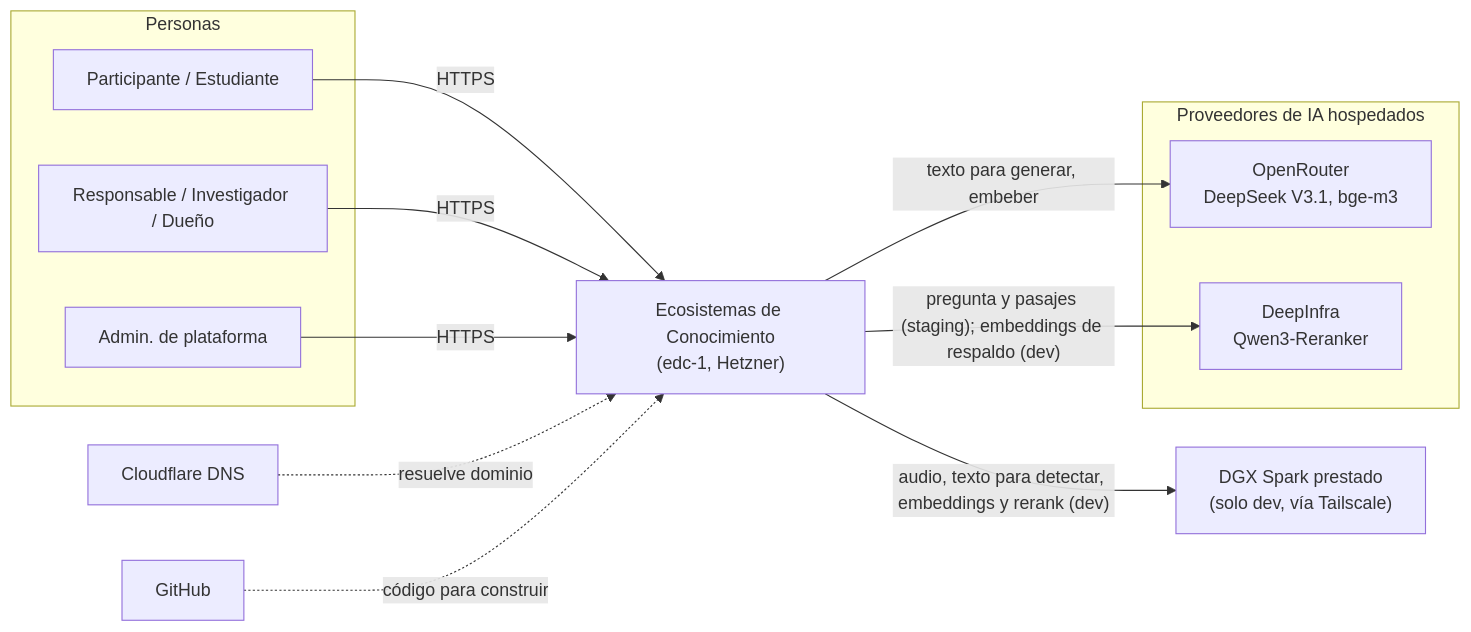
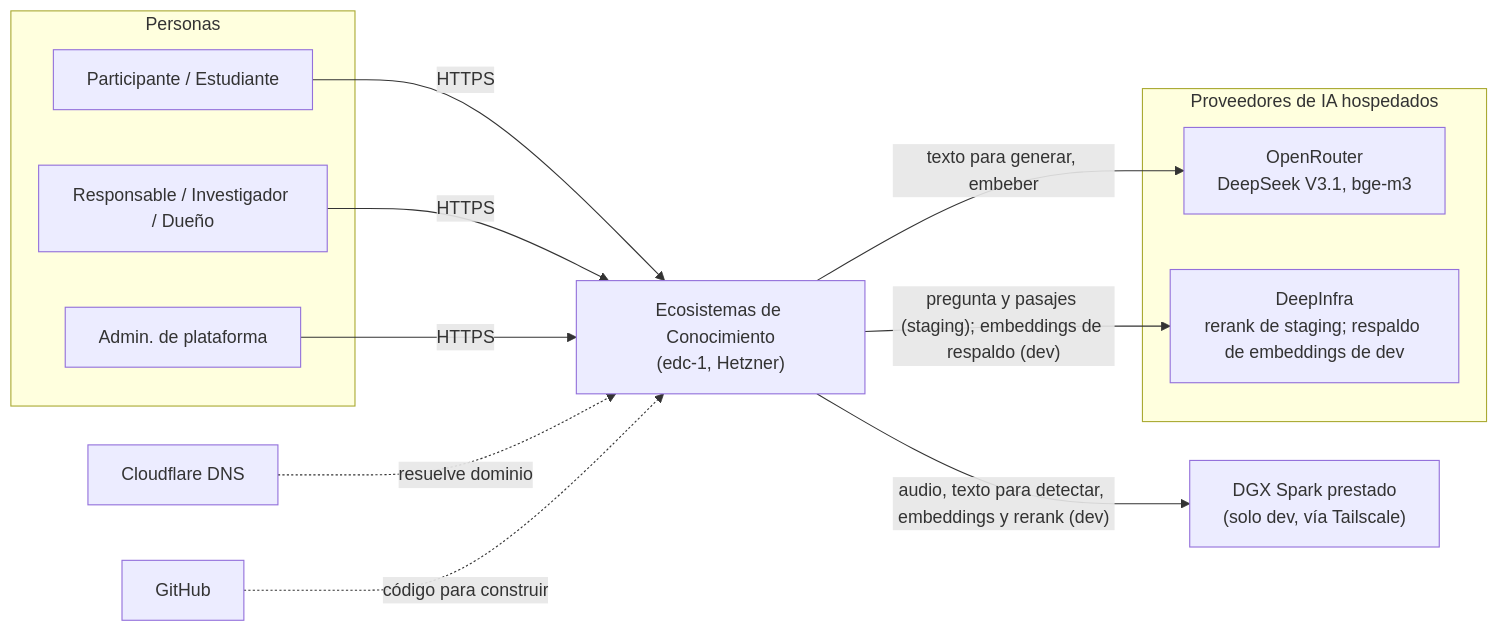
Before and after one commit to ecosistemas-de-conocimiento/ecosistemas-de-conocimiento: the first of 8 diagrams in docs/03-arquitectura/arquitectura-del-sistema.md, drawn with Mermaid. The commit also changed other lines of this file and 14 other files, not shown here.

````diff
--- a/docs/03-arquitectura/arquitectura-del-sistema.md
+++ b/docs/03-arquitectura/arquitectura-del-sistema.md
@@ -48,24 +48,24 @@
 ```mermaid
 flowchart LR
   subgraph personas["Personas"]
     P1["Participante / Estudiante"]
     P2["Responsable / Investigador / Dueño"]
     P3["Admin. de plataforma"]
   end
   EDC["Ecosistemas de Conocimiento<br/>(edc-1, Hetzner)"]
   subgraph externos["Proveedores de IA hospedados"]
     OR["OpenRouter<br/>DeepSeek V3.1, bge-m3"]
-    DI["DeepInfra<br/>Qwen3-Reranker"]
+    DI["DeepInfra<br/>rerank de staging; respaldo de embeddings de dev"]
   end
   SP["DGX Spark prestado<br/>(solo dev, vía Tailscale)"]
   CF["Cloudflare DNS"]
   GH["GitHub"]
   P1 -->|HTTPS| EDC
   P2 -->|HTTPS| EDC
   P3 -->|HTTPS| EDC
   EDC -->|texto para generar, embeber| OR
   EDC -->|"pregunta y pasajes (staging); embeddings de respaldo (dev)"| DI
   EDC -->|"audio, texto para detectar, embeddings y rerank (dev)"| SP
   CF -.->|resuelve dominio| EDC
   GH -.->|código para construir| EDC
 ```
````
